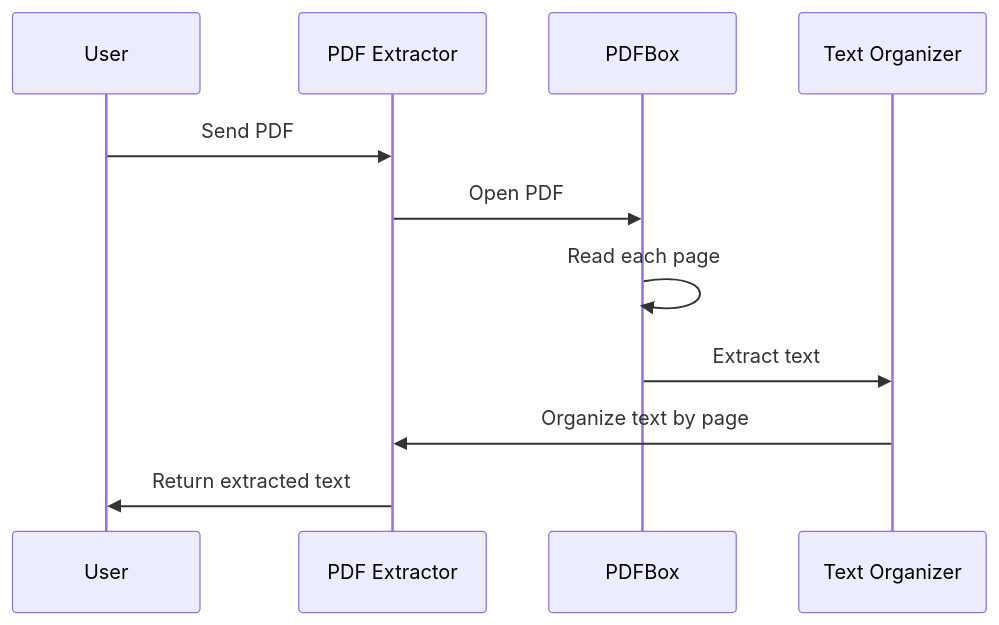
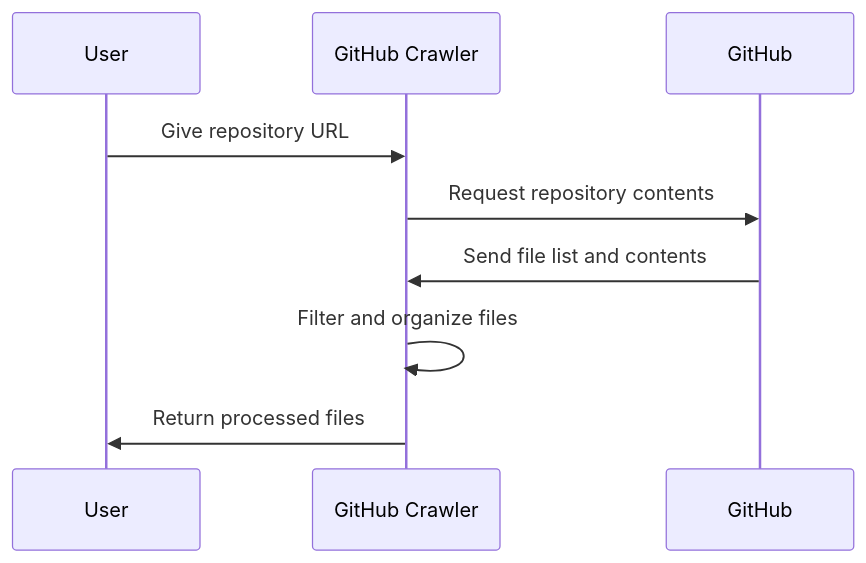
One commit to dygavieta/NewRepo changed the sixth of 9 diagrams in README.md. Above: the diagram before and after it, drawn with Mermaid. The commit also changed other lines of this file, not shown here.

````diff
--- a/README.md
+++ b/README.md
@@ -356,13 +466,11 @@
 ```mermaid
 sequenceDiagram
     participant User
-    participant App as PDF Extractor
-    participant PDFBox
-    participant Text as Text Organizer
-    User->>App: Send PDF
-    App->>PDFBox: Open PDF
-    PDFBox->>PDFBox: Read each page
-    PDFBox->>Text: Extract text
-    Text->>App: Organize text by page
-    App->>User: Return extracted text
+    participant Crawler as GitHub Crawler
+    participant GitHub
+    User->>Crawler: Give repository URL
+    Crawler->>GitHub: Request repository contents
+    GitHub->>Crawler: Send file list and contents
+    Crawler->>Crawler: Filter and organize files
+    Crawler->>User: Return processed files
 ```
````
